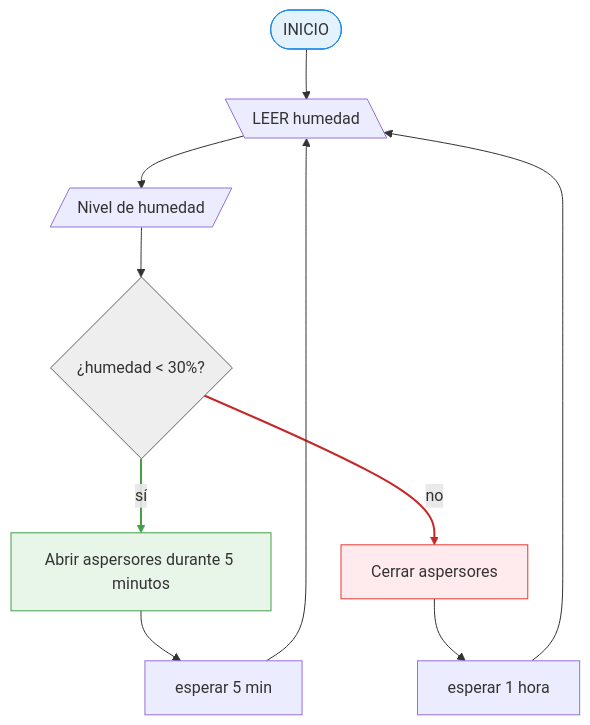
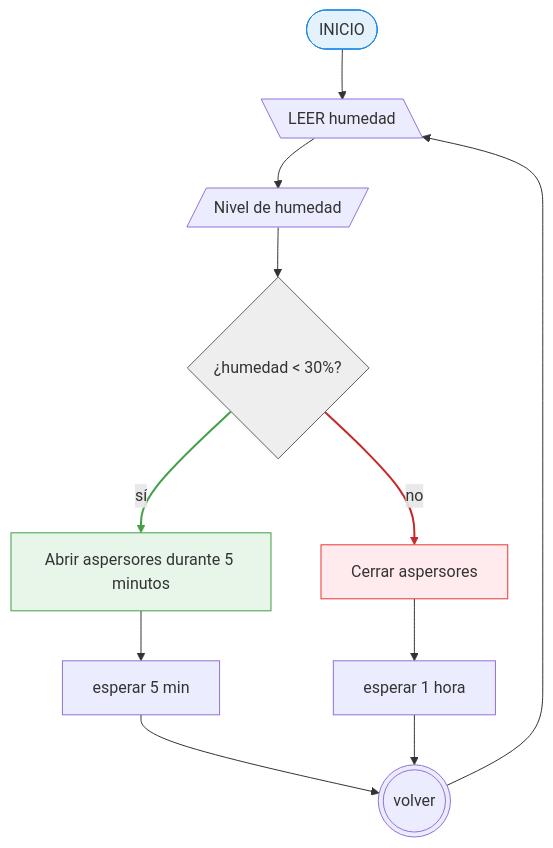
One commit to AlexJYad/F5-web-knowledge changed the third of 3 diagrams in content/actividad/16-marzo-2026.md. Above: the diagram before and after it, drawn with Mermaid.

Commit message:
fix: activ: 16/03 n3

````diff
--- a/content/actividad/16-marzo-2026.md
+++ b/content/actividad/16-marzo-2026.md
@@ -166,26 +166,27 @@
 ```mermaid
 flowchart TB
    A([INICIO])
 
    A --> B
    B[\LEER humedad\] --> C[/Nivel de humedad/] --> S0{¿humedad < 30%?}
    S0 --> |sí| S0s
    S0 --> |no| S0n
-   S0s[Abrir aspersores durante 5 minutos] --> D0[esperar 5 min] --> B
-   S0n[Cerrar aspersores] --> D1[esperar 1 hora] --> B
+   S0s[Abrir aspersores durante 5 minutos] --> D0[esperar 5 min] --> F(((volver)))
+   S0n[Cerrar aspersores] --> D1[esperar 1 hora] --> F
+   F --> B
 
    classDef InFin fill:#e3f2fd,stroke:#1e88e5,stroke-width:1px
    classDef SI fill:#e8f5e9,stroke:#43a047,stroke-width:1px
    classDef OR fill:#ffe0b2,stroke:#fb8c00,stroke-width:1px
    classDef NO fill:#fff8e1,stroke:#f9a825,stroke-width:1px
    classDef error fill:#ffebee,stroke:#e53935,stroke-width:1px
    classDef decision fill:#eeeeee,stroke:#616161,stroke-width:1px
 
    class A InFin
    class S0 decision
    class S0n error
    class S0s SI
 
    linkStyle 4 stroke:#c62828,stroke-width:2px
    linkStyle 3 stroke:#43a047,stroke-width:2px
 ```
````
